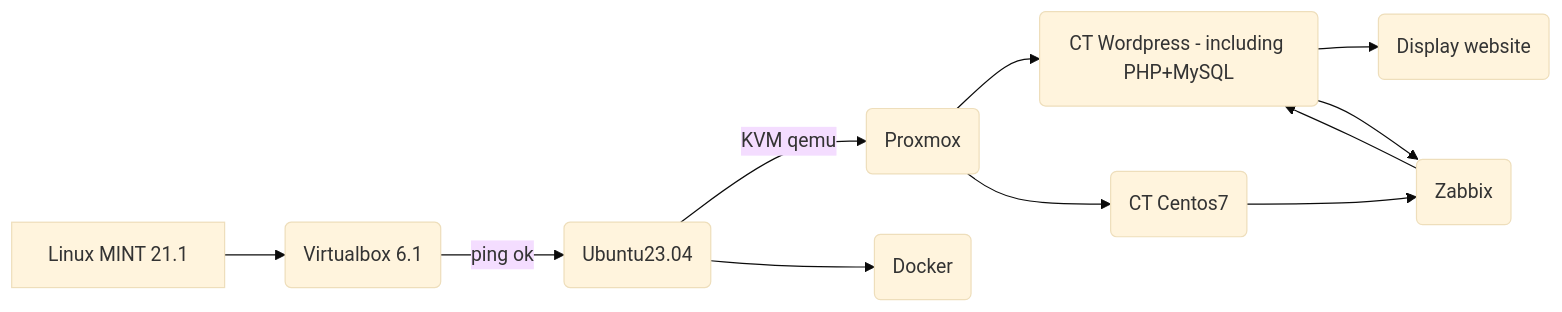
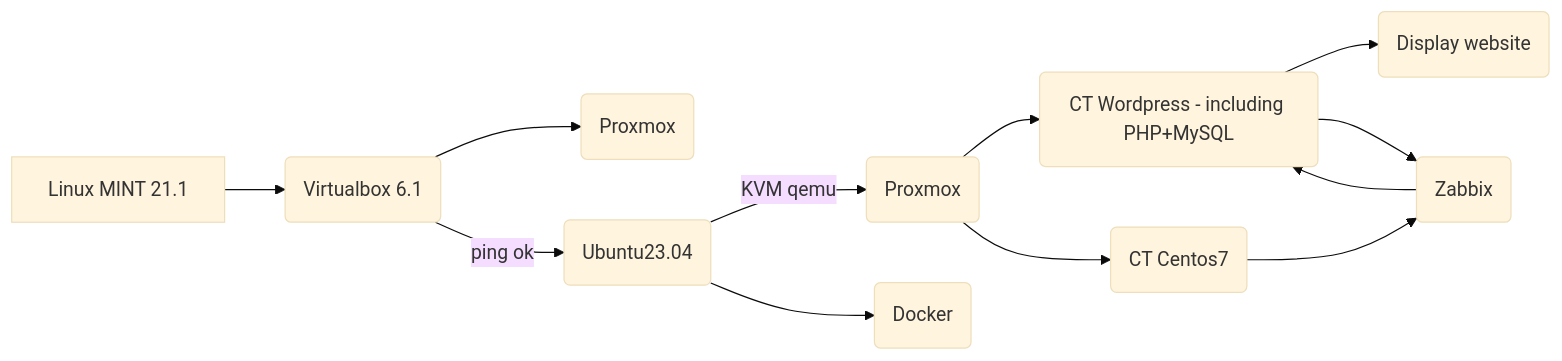
The diagram in Project.md (DanyAAD90/DevOps_junior_Wordpress), drawn with Mermaid (base theme) before and after one commit.

````diff
--- a/Project.md
+++ b/Project.md
@@ -3,13 +3,14 @@
 ```mermaid
 graph LR
 A[Linux MINT 21.1] --> B(Virtualbox 6.1)
+B --> J(Proxmox)
 B -- ping ok --> C(Ubuntu23.04)
 C -- KVM qemu --> D(Proxmox)
 D --> E(CT Wordpress - including PHP+MySQL)
 E --> G(Display website)
 C --> F(Docker)
 D --> H(CT Centos7)
 H --> I(Zabbix)
 I --> E
 E --> I
 ```
````
